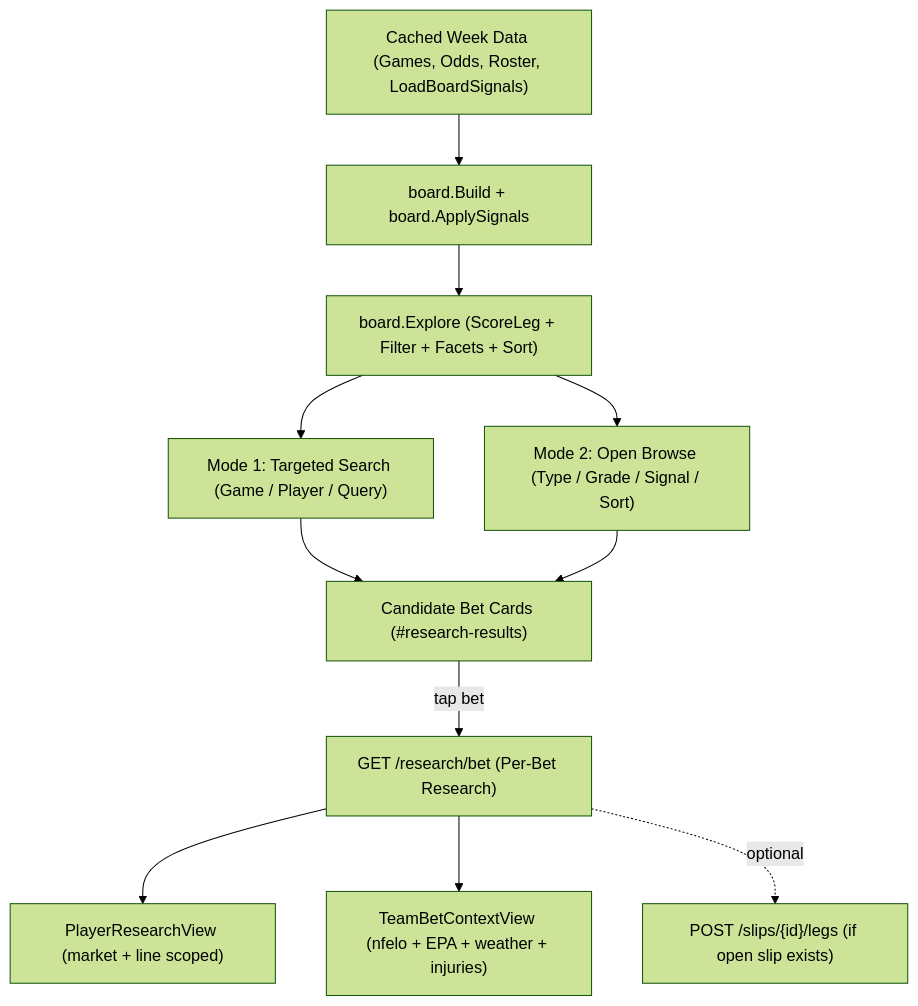
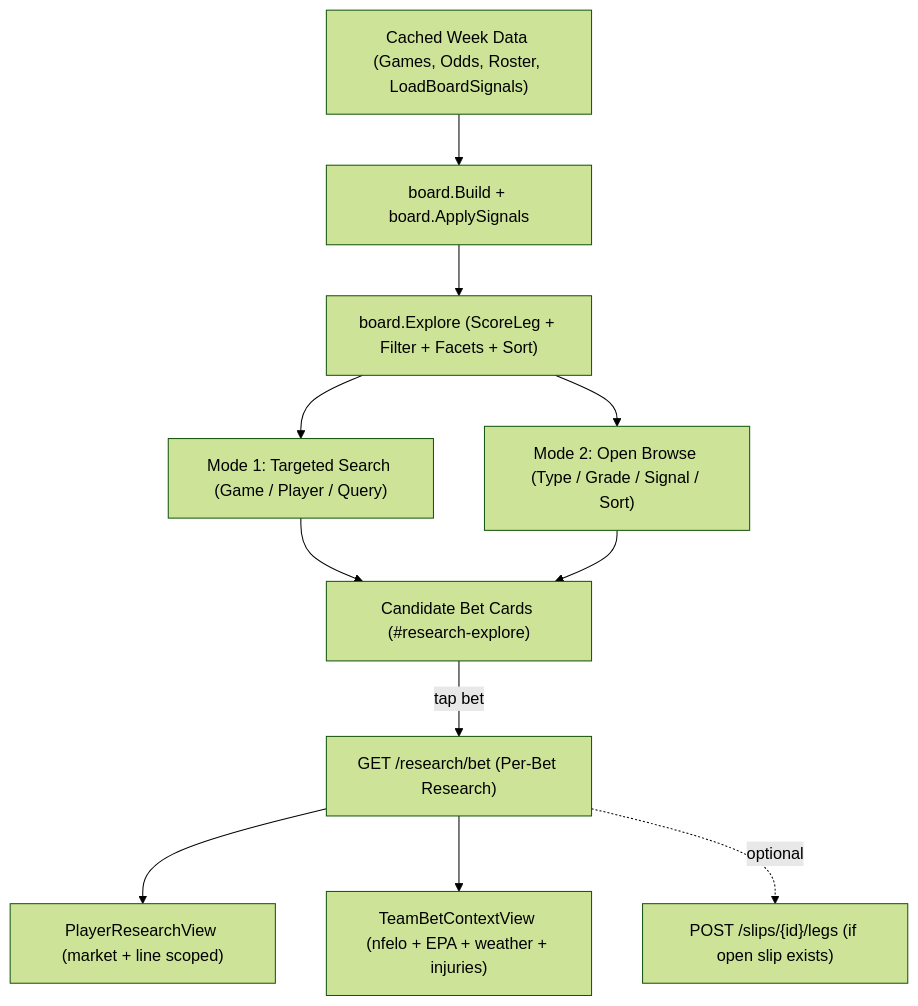
Before and after one commit to kalverra/parlay-club: the second of 3 diagrams in changes/research-explorer-view/design.md, drawn with Mermaid (forest theme). The commit also changed other lines of this file and 9 other files, not shown here.

First line of the commit message:
Add research explorer with cached bet search

````diff
--- a/changes/research-explorer-view/design.md
+++ b/changes/research-explorer-view/design.md
@@ -103,13 +103,13 @@
 ```mermaid
 flowchart TD
   Cache["Cached Week Data (Games, Odds, Roster, LoadBoardSignals)"] --> Build["board.Build + board.ApplySignals"]
   Build --> Explore["board.Explore (ScoreLeg + Filter + Facets + Sort)"]
   Explore --> Targeted["Mode 1: Targeted Search (Game / Player / Query)"]
   Explore --> Open["Mode 2: Open Browse (Type / Grade / Signal / Sort)"]
-  Targeted --> Cards["Candidate Bet Cards (#research-results)"]
+  Targeted --> Cards["Candidate Bet Cards (#research-explore)"]
   Open --> Cards
   Cards -->|tap bet| BetView["GET /research/bet (Per-Bet Research)"]
   BetView --> PlayerRes["PlayerResearchView (market + line scoped)"]
   BetView --> TeamRes["TeamBetContextView (nfelo + EPA + weather + injuries)"]
   BetView -.->|optional| AddSlip["POST /slips/{id}/legs (if open slip exists)"]
 ```
````
